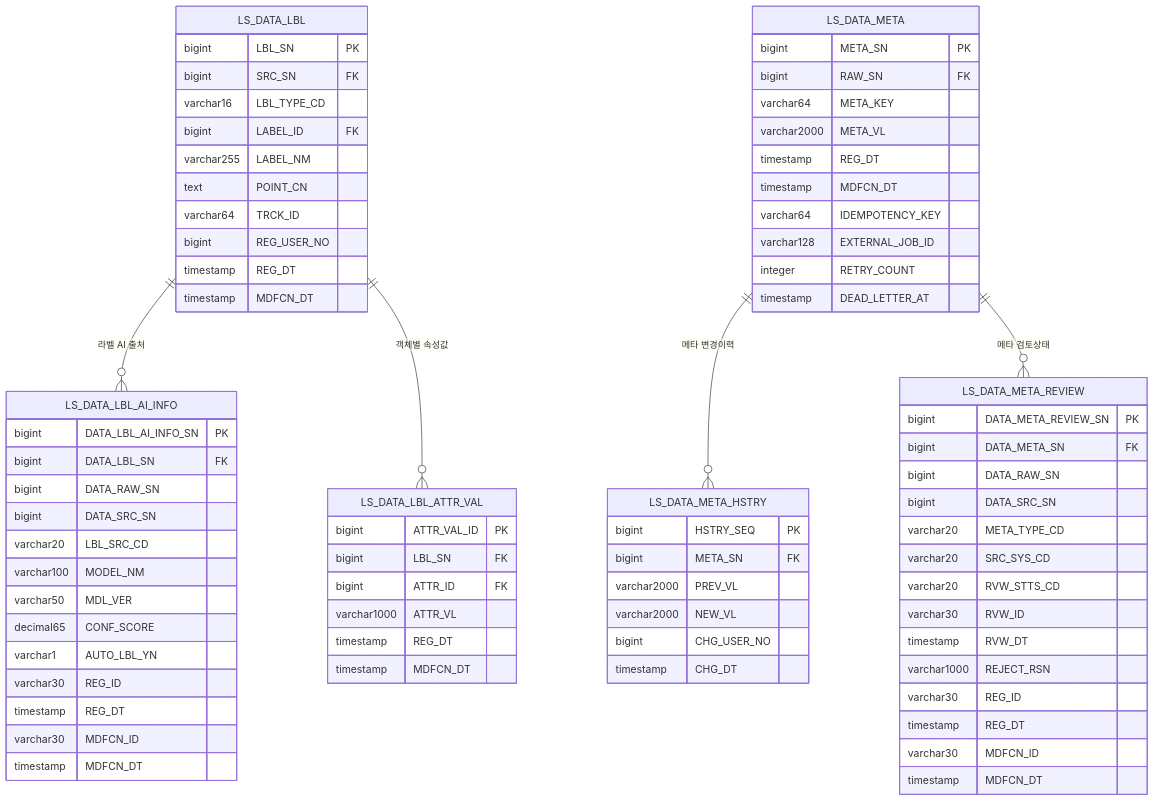
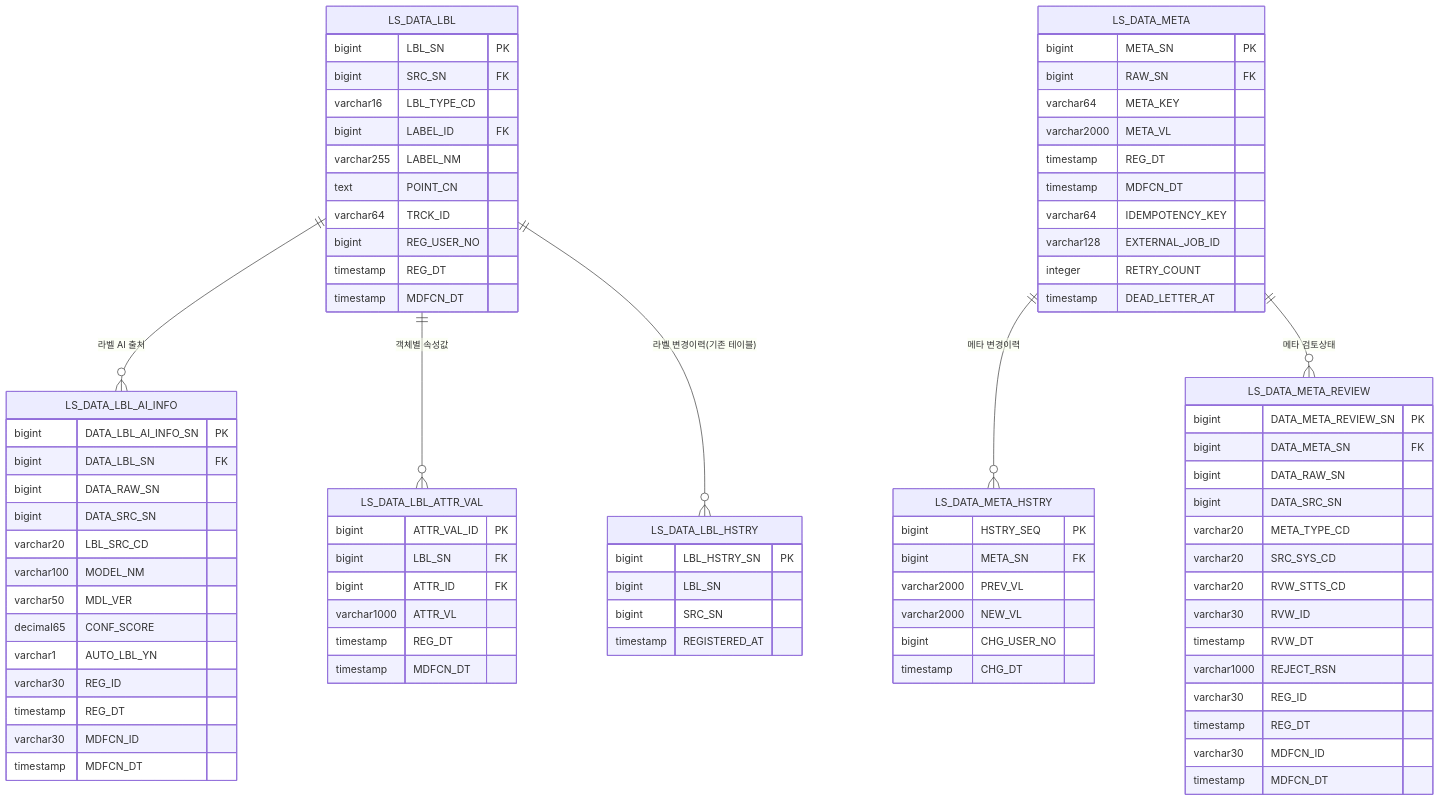
The first of 13 diagrams in docs/design/D8-엔티티관계모형설계서.md (New-stella/klid-label), drawn with Mermaid before and after one commit. The commit also changed other lines of this file and 1 other file, not shown here.

First line of the commit message:
docs(design): D8 v1.2 + D9 v1.1 — 소유 테이블 전수 정합

````diff
--- a/docs/design/D8-엔티티관계모형설계서.md
+++ b/docs/design/D8-엔티티관계모형설계서.md
@@ -114,8 +115,16 @@
         timestamp MDFCN_DT
     }
 
+    LS_DATA_LBL_HSTRY {
+        bigint LBL_HSTRY_SN PK
+        bigint LBL_SN
+        bigint SRC_SN
+        timestamp REGISTERED_AT
+    }
+
     LS_DATA_LBL ||--o{ LS_DATA_LBL_AI_INFO : "라벨 AI 출처"
     LS_DATA_LBL ||--o{ LS_DATA_LBL_ATTR_VAL : "객체별 속성값"
+    LS_DATA_LBL ||--o{ LS_DATA_LBL_HSTRY : "라벨 변경이력(기존 테이블)"
     LS_DATA_META ||--o{ LS_DATA_META_HSTRY : "메타 변경이력"
     LS_DATA_META ||--o{ LS_DATA_META_REVIEW : "메타 검토상태"
 ```
````
